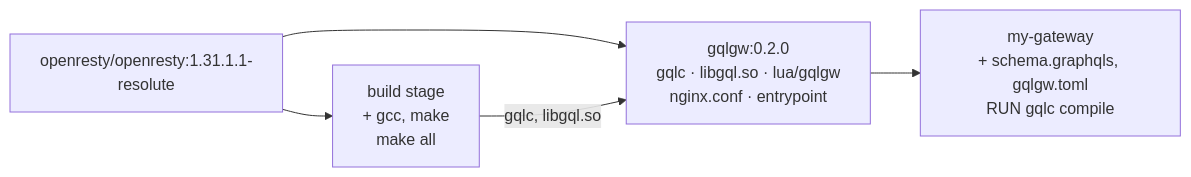
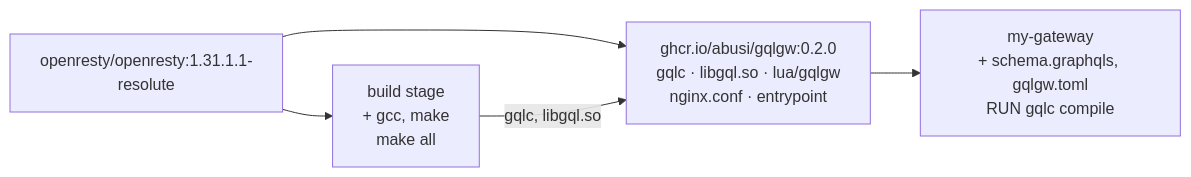
The first of 2 diagrams in docs/operations/docker.md (ChetanSawale/gqlgw), drawn with Mermaid before and after one commit. The commit also changed other lines of this file and 19 other files, not shown here.

````diff
--- a/docs/operations/docker.md
+++ b/docs/operations/docker.md
@@ -7,7 +19,7 @@
 ```mermaid
 flowchart LR
     base["openresty/openresty:1.31.1.1-resolute"] --> b["build stage<br/>+ gcc, make<br/>make all"]
-    base --> img["gqlgw:0.2.0<br/>gqlc · libgql.so · lua/gqlgw<br/>nginx.conf · entrypoint"]
+    base --> img["ghcr.io/abusi/gqlgw:0.2.0<br/>gqlc · libgql.so · lua/gqlgw<br/>nginx.conf · entrypoint"]
     b -- "gqlc, libgql.so" --> img
     img --> yours["my-gateway<br/>+ schema.graphqls, gqlgw.toml<br/>RUN gqlc compile"]
 ```
````
